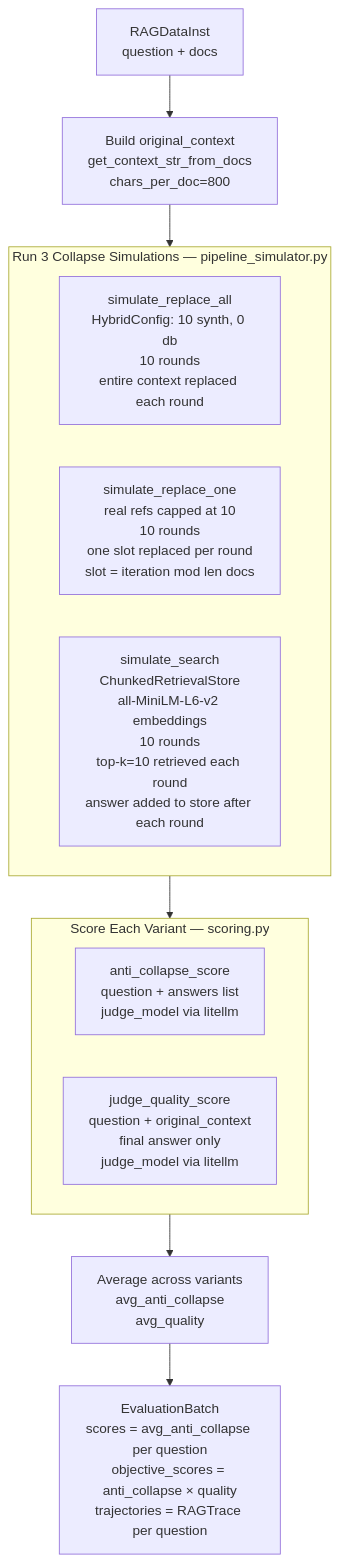
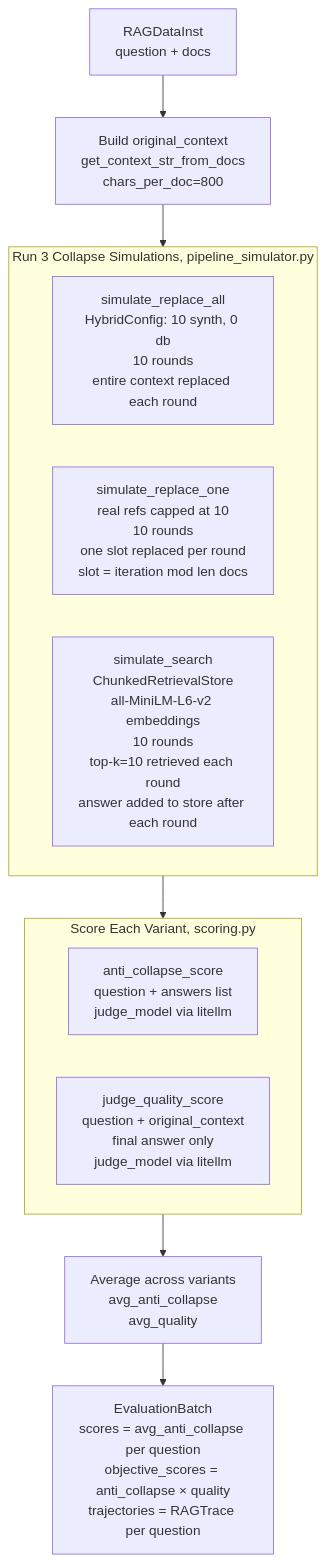
One commit to rag-collapse/RAG-Collapse changed the second of 7 diagrams in docs/gepa_flowchart.md. Above: the diagram before and after it, drawn with Mermaid. The commit also changed other lines of this file and 9 other files, not shown here.

````diff
--- a/docs/gepa_flowchart.md
+++ b/docs/gepa_flowchart.md
@@ -28,22 +28,22 @@
 ```mermaid
 flowchart TD
     Q[RAGDataInst\nquestion + docs] --> OC[Build original_context\nget_context_str_from_docs\nchars_per_doc=800]
 
     OC --> SIM
 
-    subgraph SIM [Run 3 Collapse Simulations — pipeline_simulator.py]
+    subgraph SIM [Run 3 Collapse Simulations, pipeline_simulator.py]
         RA[simulate_replace_all\nHybridConfig: 10 synth, 0 db\n10 rounds\nentire context replaced each round]
         RO[simulate_replace_one\nreal refs capped at 10\n10 rounds\none slot replaced per round\nslot = iteration mod len docs]
         SE[simulate_search\nChunkedRetrievalStore\nall-MiniLM-L6-v2 embeddings\n10 rounds\ntop-k=10 retrieved each round\nanswer added to store after each round]
     end
 
     SIM --> SC
 
-    subgraph SC [Score Each Variant — scoring.py]
+    subgraph SC [Score Each Variant, scoring.py]
         AC[anti_collapse_score\nquestion + answers list\njudge_model via litellm]
         QJ[judge_quality_score\nquestion + original_context\nfinal answer only\njudge_model via litellm]
     end
 
     SC --> AVG[Average across variants\navg_anti_collapse\navg_quality]
     AVG --> EB[EvaluationBatch\nscores = avg_anti_collapse per question\nobjective_scores = anti_collapse × quality\ntrajectories = RAGTrace per question]
 ```
````
